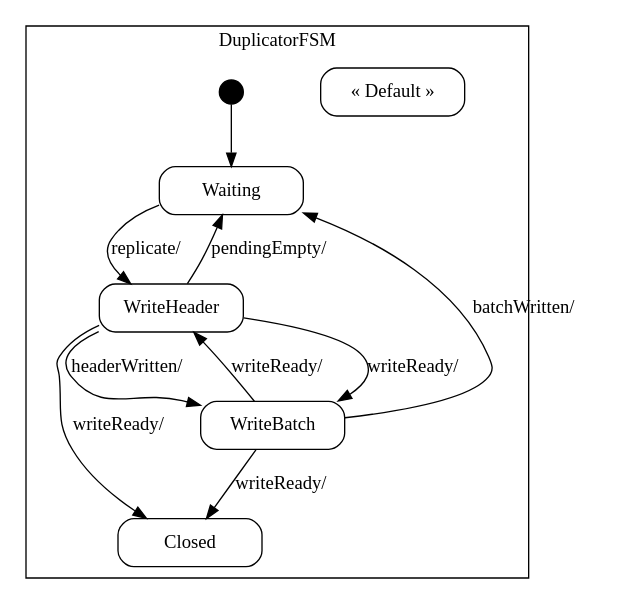
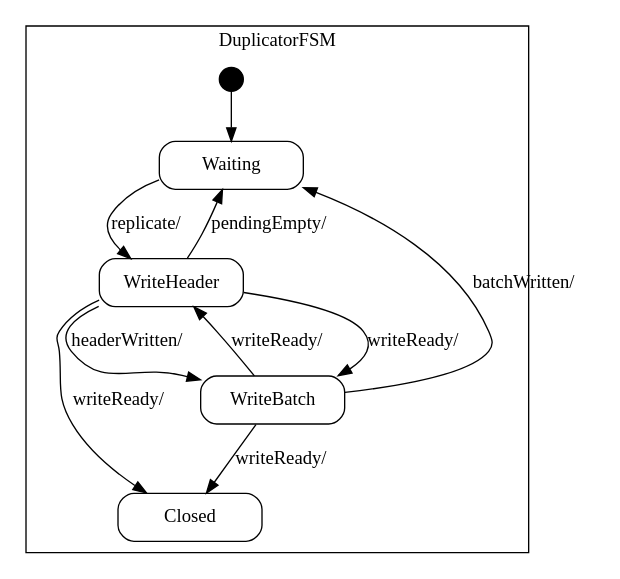
Before and after one commit to vmehra-sfdc/Ouroboros: the diagram in spindle/doc/Duplicator_sm.dot, drawn with Graphviz. The commit also changed 37 other files, not shown here.

```diff
--- a/spindle/doc/Duplicator_sm.dot
+++ b/spindle/doc/Duplicator_sm.dot
@@ -1,63 +1,60 @@
-digraph Duplicator_sm {
+digraph Duplicator {
 
     node
         [shape=Mrecord width=1.5];
 
     subgraph cluster_DuplicatorFSM {
 
         label="DuplicatorFSM";
 
         //
         // States (Nodes)
         //
 
         "DuplicatorFSM::Waiting"
             [label="{Waiting}"];
 
         "DuplicatorFSM::WriteHeader"
             [label="{WriteHeader}"];
 
         "DuplicatorFSM::WriteBatch"
             [label="{WriteBatch}"];
 
         "DuplicatorFSM::Closed"
             [label="{Closed}"];
-
-        "DuplicatorFSM::DefaultState"
-            [label="{&laquo; Default &raquo;}"];
 
         "%start"
             [label="" shape=circle style=filled fillcolor=black width=0.25];
 
         //
         // Transitions (Edges)
         //
 
         "DuplicatorFSM::Waiting" -> "DuplicatorFSM::WriteHeader"
             [label="replicate/\l"];
 
         "DuplicatorFSM::WriteHeader" -> "DuplicatorFSM::Closed"
             [label="writeReady/\l"];
 
         "DuplicatorFSM::WriteHeader" -> "DuplicatorFSM::WriteBatch"
             [label="writeReady/\l"];
 
         "DuplicatorFSM::WriteHeader" -> "DuplicatorFSM::WriteBatch"
             [label="headerWritten/\l"];
 
         "DuplicatorFSM::WriteHeader" -> "DuplicatorFSM::Waiting"
             [label="pendingEmpty/\l"];
 
         "DuplicatorFSM::WriteBatch" -> "DuplicatorFSM::Closed"
             [label="writeReady/\l"];
 
         "DuplicatorFSM::WriteBatch" -> "DuplicatorFSM::WriteHeader"
             [label="writeReady/\l"];
 
         "DuplicatorFSM::WriteBatch" -> "DuplicatorFSM::Waiting"
             [label="batchWritten/\l"];
 
         "%start" -> "DuplicatorFSM::Waiting"
     }
 
 }
```
